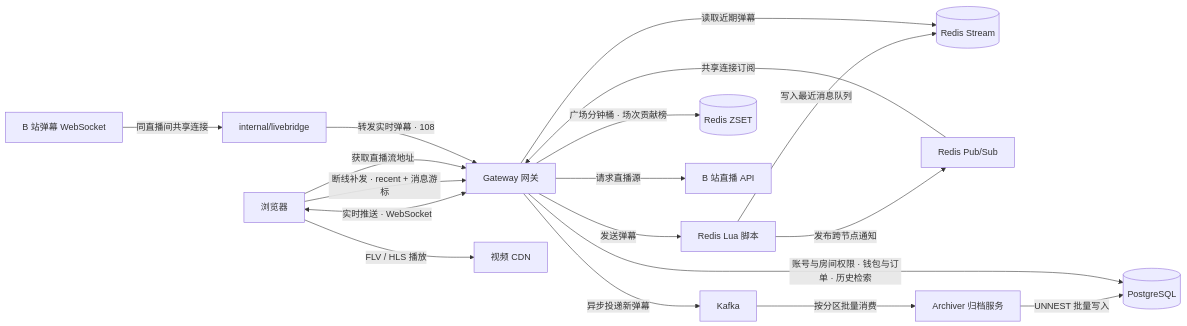
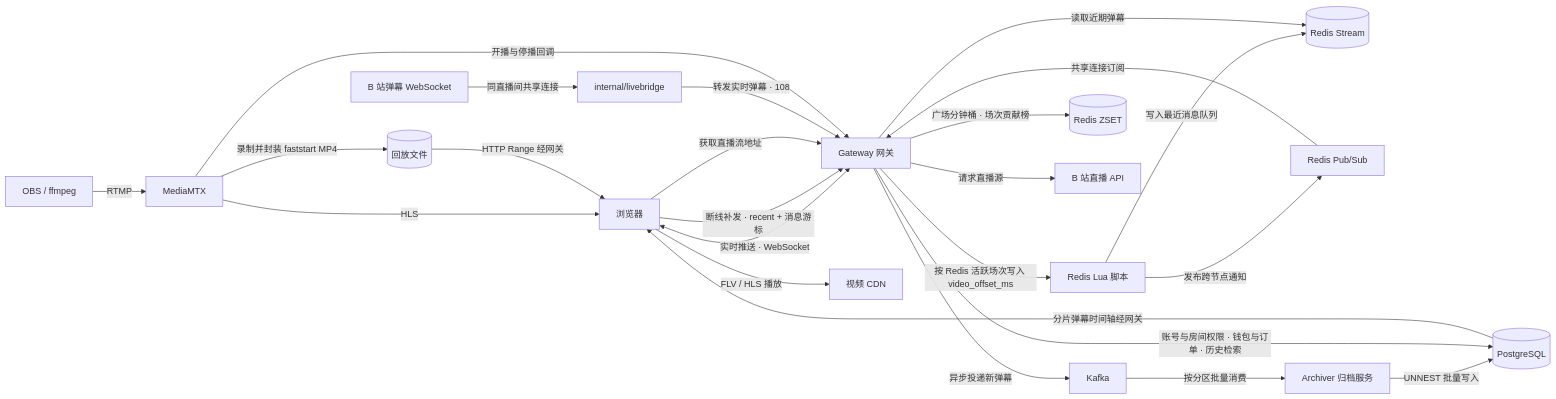
Before and after one commit to SctHy/live-stream-danmaku: the diagram in README.md, drawn with Mermaid. The commit also changed other lines of this file and 3 other files, not shown here.

````diff
--- a/README.md
+++ b/README.md
@@ -13,20 +13,26 @@
 ```mermaid
 flowchart LR
     B[浏览器] <-->|实时推送 · WebSocket| G[Gateway 网关]
-    G -->|发送弹幕| L[Redis Lua 脚本]
+    G -->|按 Redis 活跃场次写入 video_offset_ms| L[Redis Lua 脚本]
     L -->|写入最近消息队列| S[(Redis Stream)]
     L -->|发布跨节点通知| R[Redis Pub/Sub]
     R -->|共享连接订阅| G
     B -->|断线补发 · recent + 消息游标| G
     G -->|读取近期弹幕| S
     G -->|异步投递新弹幕| K[Kafka]
     K -->|按分区批量消费| A[Archiver 归档服务]
     A -->|UNNEST 批量写入| P[(PostgreSQL)]
     G -->|账号与房间权限 · 钱包与订单 · 历史检索| P
     G -->|广场分钟桶 · 场次贡献榜| Z[(Redis ZSET)]
     B -->|获取直播流地址| G
     G -->|请求直播源| U[B 站直播 API]
     W[B 站弹幕 WebSocket] -->|同直播间共享连接| LB[internal/livebridge]
     LB -->|转发实时弹幕 · 108| G
+    OBS[OBS / ffmpeg] -->|RTMP| M[MediaMTX]
+    M -->|HLS| B
+    M -->|录制并封装 faststart MP4| V[(回放文件)]
+    M -->|开播与停播回调| G
+    V -->|HTTP Range 经网关| B
+    P -->|分片弹幕时间轴经网关| B
     B -->|FLV / HLS 播放| CDN[视频 CDN]
 ```
````
